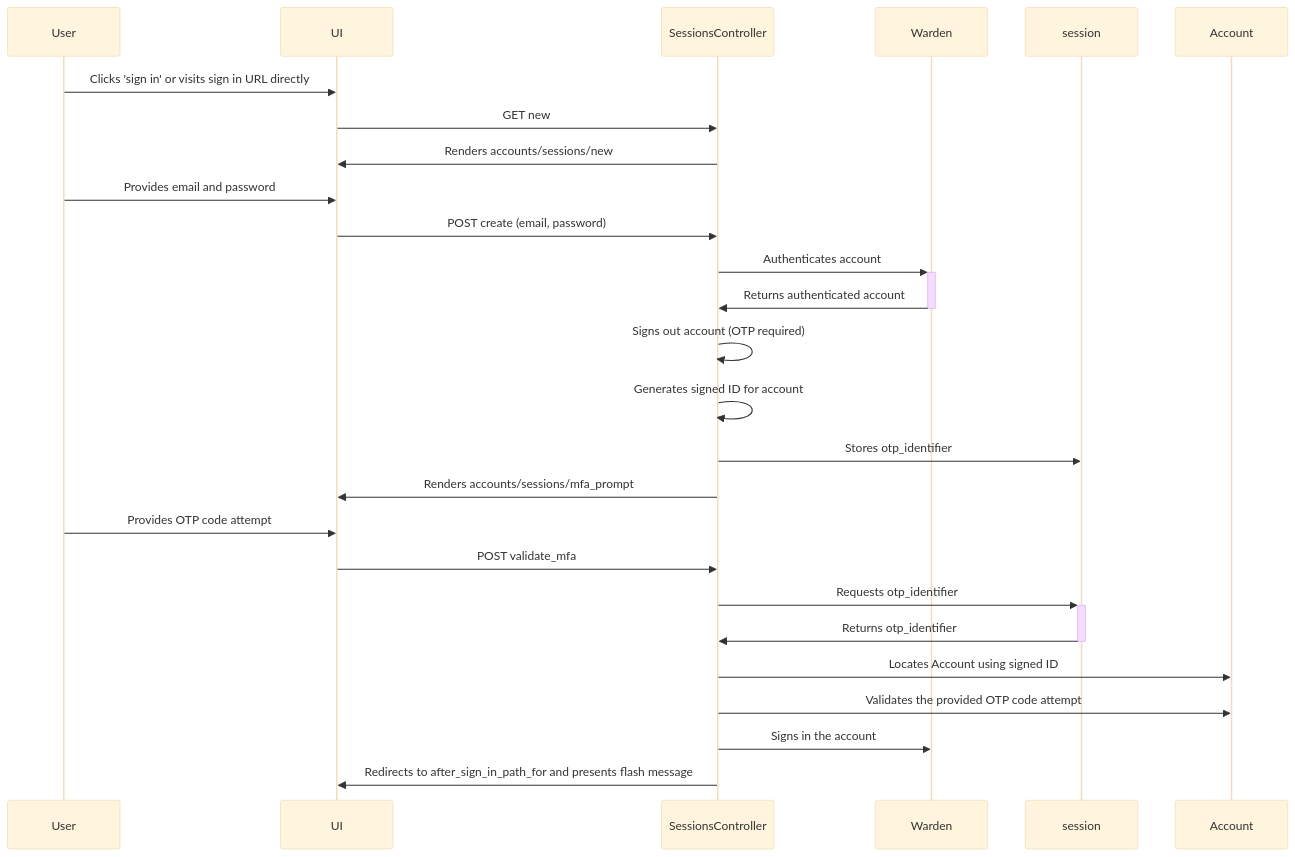
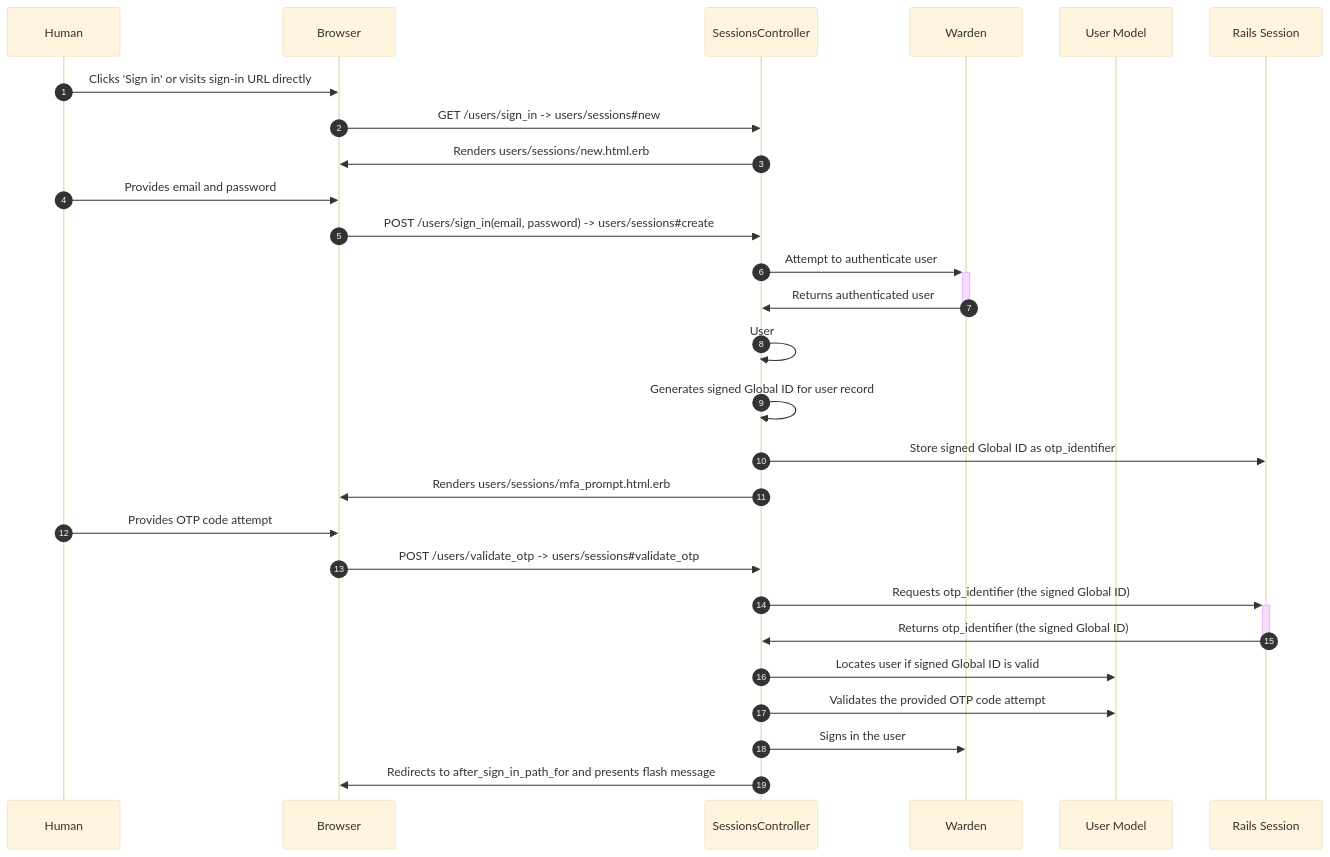
One commit to ackama/rails-template changed the second of 2 diagrams in variants/devise-2fa/doc/multi_factor_authentication.md. Above: the diagram before and after it, drawn with Mermaid (base theme). The commit also changed other lines of this file and 2 other files, not shown here.

````diff
--- a/variants/devise-2fa/doc/multi_factor_authentication.md
+++ b/variants/devise-2fa/doc/multi_factor_authentication.md
@@ -85,22 +119,32 @@
 ```mermaid
 sequenceDiagram
-    User->>UI: Clicks 'sign in' or visits sign in URL directly
-    UI->>SessionsController: GET new
-    SessionsController->>UI: Renders accounts/sessions/new
-    User->>UI: Provides email and password
-    UI->>SessionsController: POST create (email, password)
-    SessionsController->>+Warden: Authenticates account
-    Warden->>-SessionsController: Returns authenticated account
-    SessionsController->>SessionsController: Signs out account (OTP required)
-    SessionsController->>SessionsController: Generates signed ID for account
-    SessionsController->>session: Stores otp_identifier
-    SessionsController->>UI: Renders accounts/sessions/mfa_prompt
-    User->>UI: Provides OTP code attempt
-    UI->>SessionsController: POST validate_mfa
-    SessionsController->>+session: Requests otp_identifier
-    session->>-SessionsController: Returns otp_identifier
-    SessionsController->>Account: Locates Account using signed ID
-    SessionsController->>Account: Validates the provided OTP code attempt
-    SessionsController->>Warden: Signs in the account
-    SessionsController->>UI: Redirects to after_sign_in_path_for and presents flash message
+  autonumber
+  participant H as Human
+  participant B as Browser
+  participant SC as SessionsController
+  participant W as Warden
+  participant U as User Model
+  participant RS as Rails Session
+
+  H->>B: Clicks 'Sign in' or visits sign-in URL directly
+  B->>SC: GET /users/sign_in -> users/sessions#35;new
+  SC->>B: Renders users/sessions/new.html.erb
+
+  H->>B: Provides email and password
+  B->>SC: POST /users/sign_in(email, password) -> users/sessions#35;create
+  SC->>+W: Attempt to authenticate user
+  W->>-SC: Returns authenticated user
+  SC->>SC: User#otp_required_for_login? is true so sign out user
+  SC->>SC: Generates signed Global ID for user record
+  SC->>RS: Store signed Global ID as otp_identifier
+  SC->>B: Renders users/sessions/mfa_prompt.html.erb
+
+  H->>B: Provides OTP code attempt
+  B->>SC: POST /users/validate_otp -> users/sessions#35;validate_otp
+  SC->>+RS: Requests otp_identifier (the signed Global ID)
+  RS->>-SC: Returns otp_identifier (the signed Global ID)
+  SC->>U: Locates user if signed Global ID is valid
+  SC->>U: Validates the provided OTP code attempt
+  SC->>W: Signs in the user
+  SC->>B: Redirects to after_sign_in_path_for and presents flash message
 ```
````
